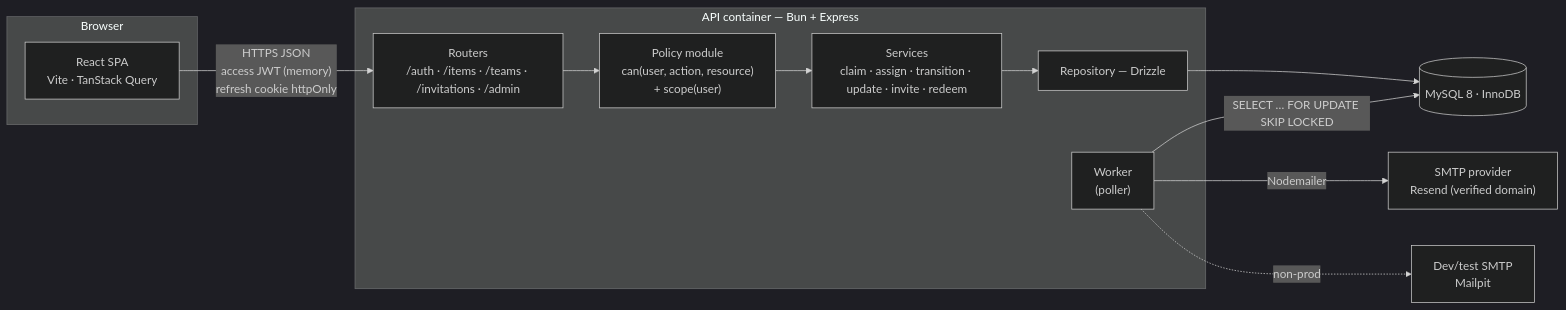
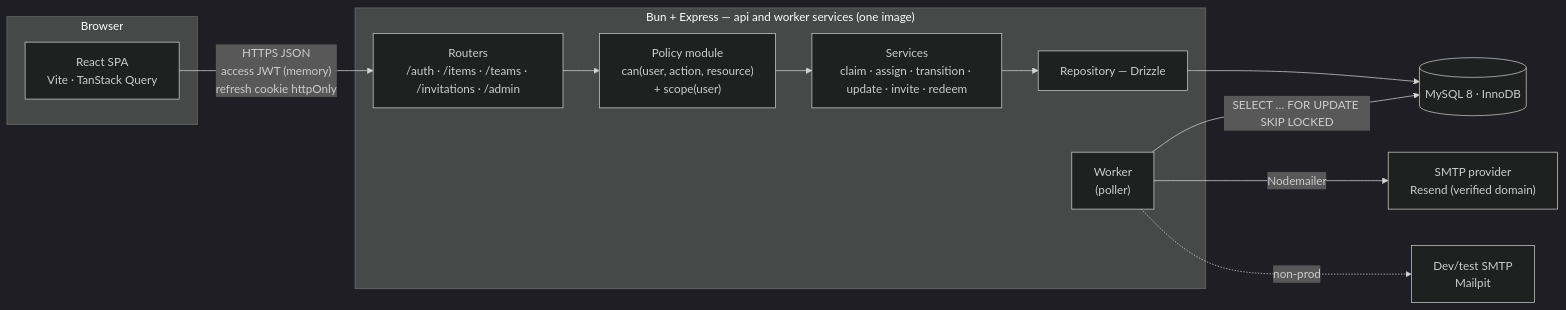
The diagram in README.md (tabishraza302/newtoninte-ops), drawn with Mermaid (dark theme) before and after one commit. The commit also changed other lines of this file and 3 other files, not shown here.

````diff
--- a/README.md
+++ b/README.md
@@ -107,24 +114,24 @@
 ```mermaid
 flowchart LR
   subgraph Browser
     SPA["React SPA<br/>Vite · TanStack Query"]
   end
 
-  subgraph API["API container — Bun + Express"]
+  subgraph API["Bun + Express — api and worker services (one image)"]
     R["Routers<br/>/auth · /items · /teams · /invitations · /admin"]
     P["Policy module<br/>can(user, action, resource)<br/>+ scope(user)"]
     S["Services<br/>claim · assign · transition · update · invite · redeem"]
     RP["Repository — Drizzle"]
     W["Worker<br/>(poller)"]
   end
 
   DB[("MySQL 8 · InnoDB")]
   SMTP["SMTP provider<br/>Resend (verified domain)"]
   SINK["Dev/test SMTP<br/>Mailpit"]
 
   SPA -- "HTTPS JSON<br/>access JWT (memory)<br/>refresh cookie httpOnly" --> R
   R --> P --> S --> RP --> DB
   W -- "SELECT … FOR UPDATE SKIP LOCKED" --> DB
   W -- "Nodemailer" --> SMTP
   W -. "non-prod" .-> SINK
 ```
````
